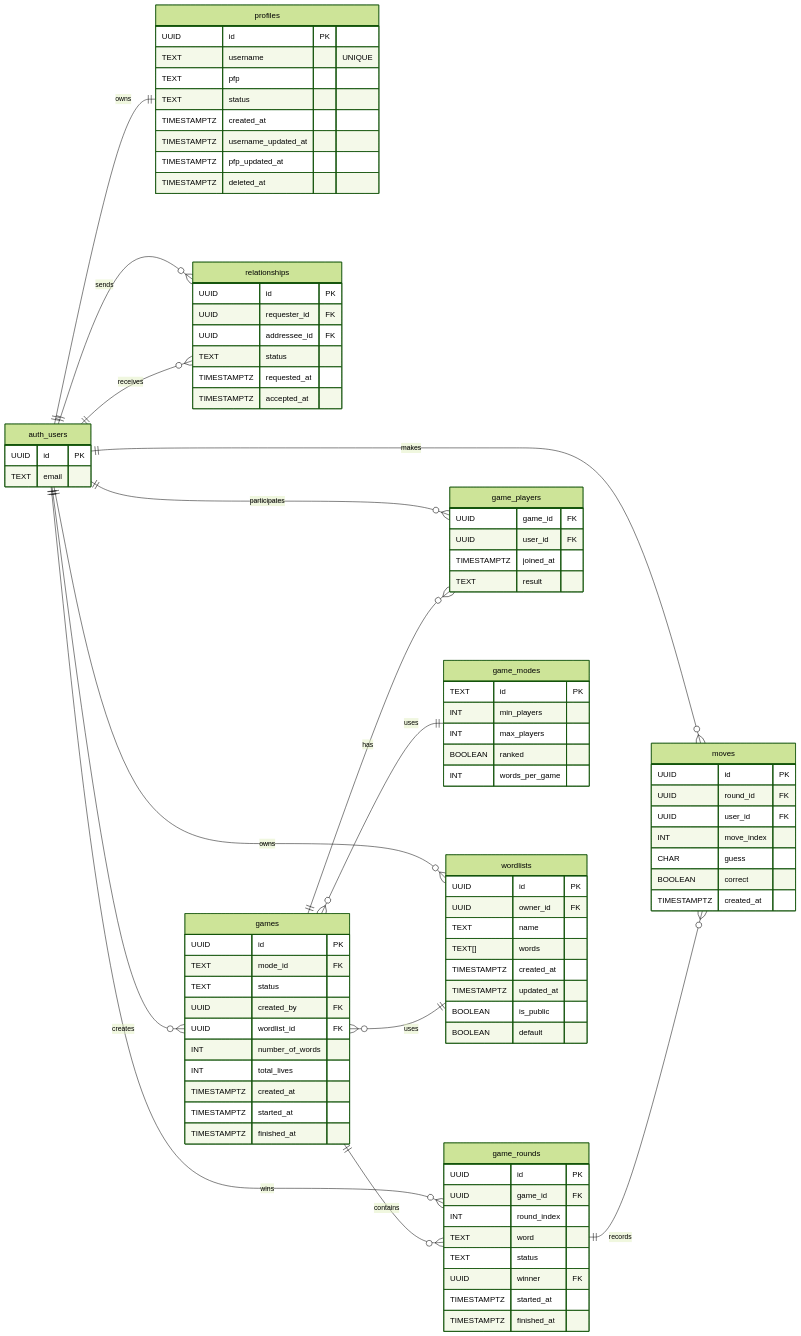
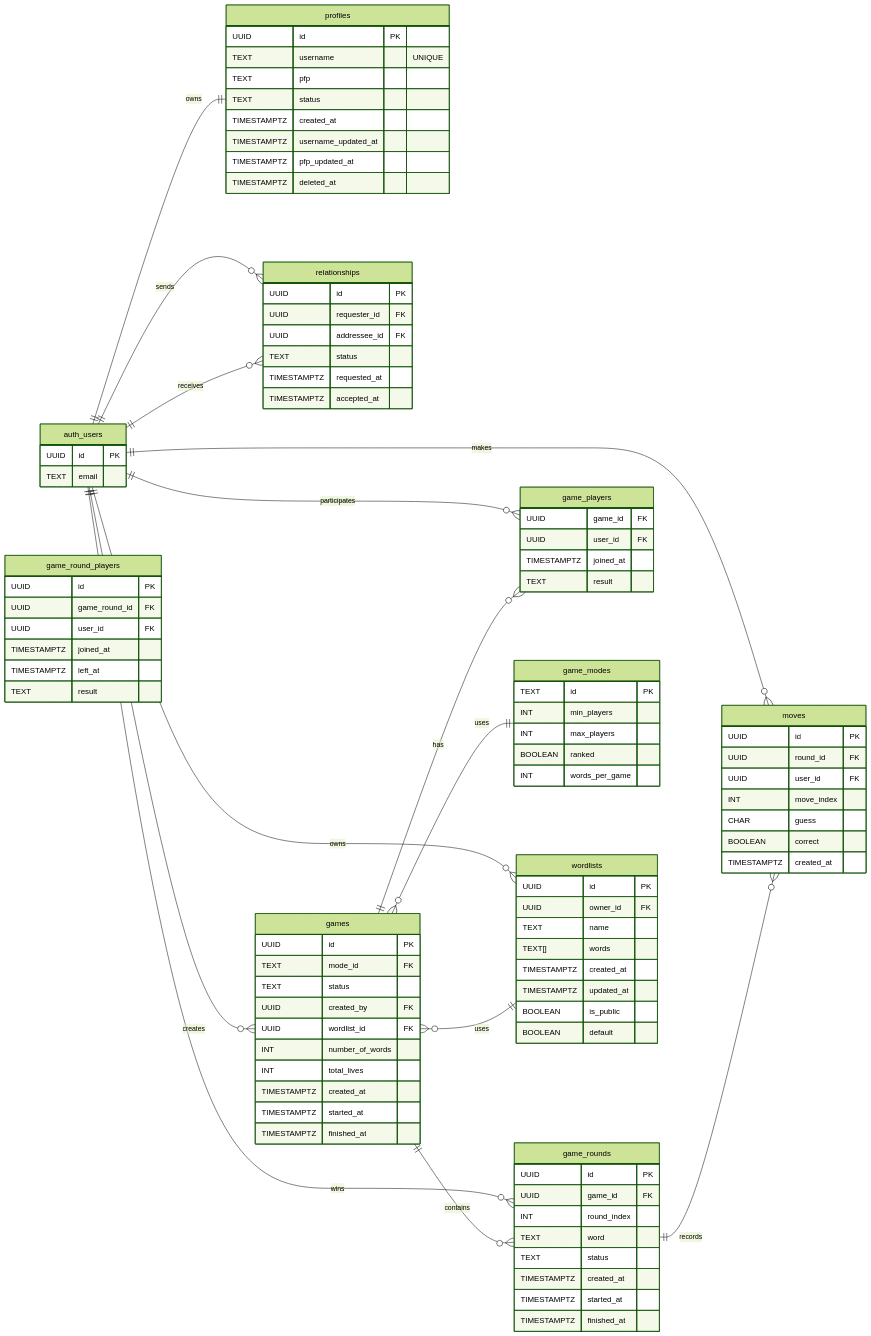
One commit to abbasnadir/hangman-v2 changed the diagram in design/dbDesign.md. Above: the diagram before and after it, drawn with Mermaid (forest theme). The commit also changed 1 other file, not shown here.

Commit message:
Changed dbdesign and upgraded pnpm version

```diff
--- a/design/dbDesign.md
+++ b/design/dbDesign.md
@@ -45,7 +45,7 @@
         INT round_index
         TEXT word
         TEXT status
-        UUID winner FK
+        TIMESTAMPTZ created_at
         TIMESTAMPTZ started_at
         TIMESTAMPTZ finished_at
     }
@@ -54,6 +54,15 @@
         UUID game_id FK
         UUID user_id FK
         TIMESTAMPTZ joined_at
+        TEXT result
+    }
+
+    game_round_players {
+        UUID id PK
+        UUID game_round_id FK
+        UUID user_id FK
+        TIMESTAMPTZ joined_at
+        TIMESTAMPTZ left_at
         TEXT result
     }
 
```
